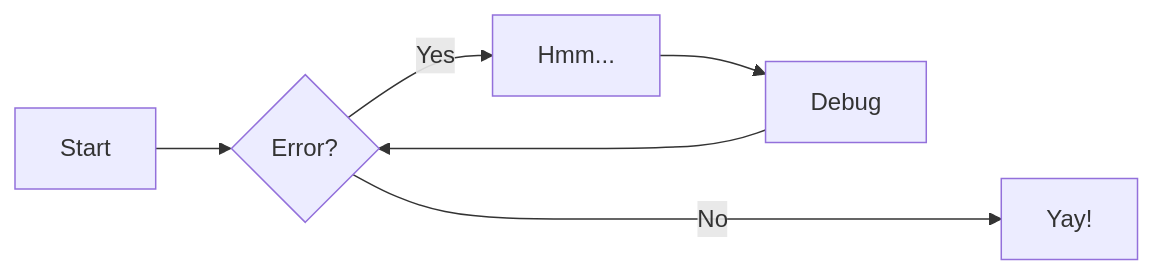
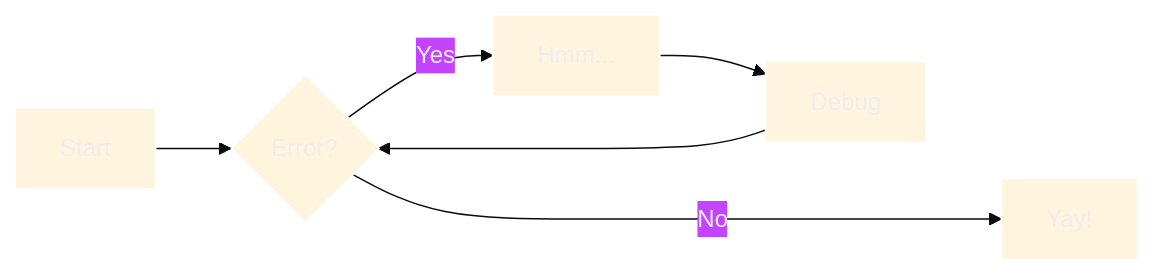
The diagram in docs/mermaid-diagram-test1.md (RoadieHQ/sample-service), drawn with Mermaid before and after one commit.

Commit message:
darkmode on

````diff
--- a/docs/mermaid-diagram-test1.md
+++ b/docs/mermaid-diagram-test1.md
@@ -1,9 +1,9 @@
 ```mermaid
-%%{init: { 'theme': 'base', 'themeVariables': { 'darkMode': 'true' }}%%
+%%{init: { 'theme': 'base', 'themeVariables': { 'darkMode': 'true' }}}%%
 graph LR
   A[Start] --> B{Error?};
   B -->|Yes| C[Hmm...];
   C --> D[Debug];
   D --> B;
   B ---->|No| E[Yay!];
 ```
````
